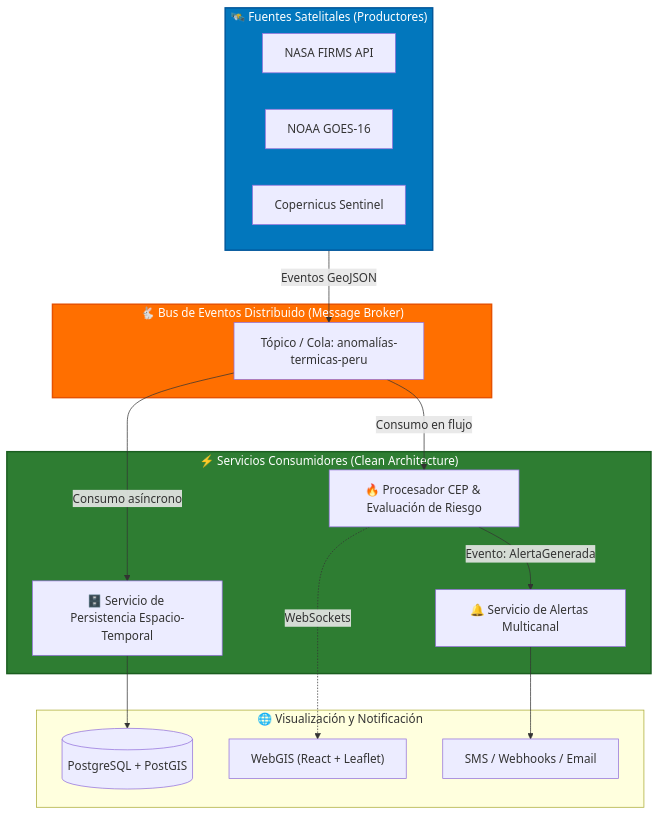
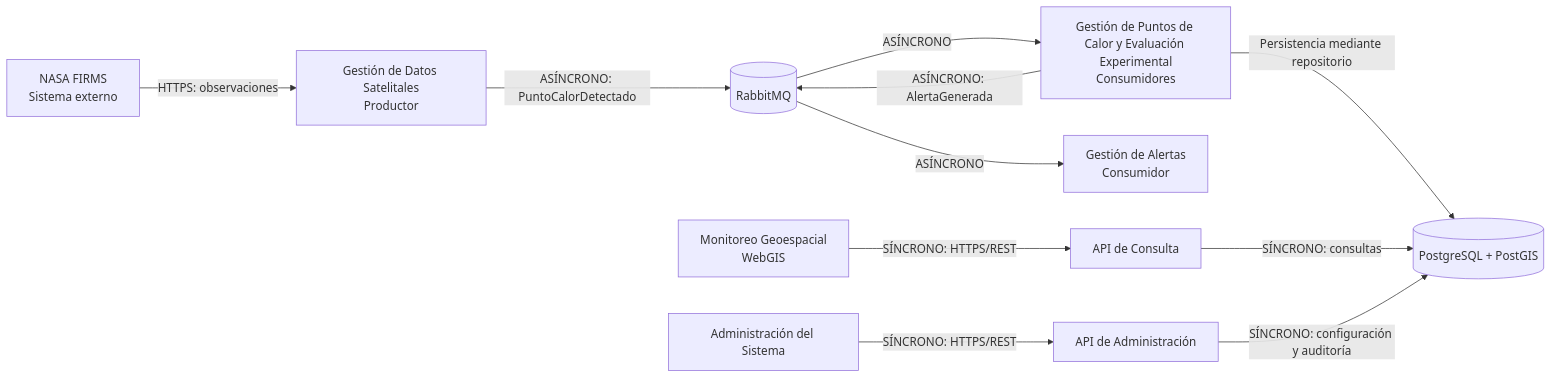
Before and after one commit to Maks04092002/Incendios-EDA-arquitSoft-MAKS: the diagram in 02-arquitectura-de-software/enfoque/enfoque-arquitectonico.md, drawn with Mermaid. The commit also changed other lines of this file and 7 other files, not shown here.

````diff
--- a/02-arquitectura-de-software/enfoque/enfoque-arquitectonico.md
+++ b/02-arquitectura-de-software/enfoque/enfoque-arquitectonico.md
@@ -34,37 +52,13 @@
 ```mermaid
-graph TB
-    subgraph Fuentes ["🛰️ Fuentes Satelitales (Productores)"]
-        FIRMS["NASA FIRMS API"]
-        GOES["NOAA GOES-16"]
-        COP["Copernicus Sentinel"]
-    end
-
-    subgraph Broker ["🐇 Bus de Eventos Distribuido (Message Broker)"]
-        TOPIC["Tópico / Cola: anomalías-termicas-peru"]
-    end
-
-    subgraph Servicios ["⚡ Servicios Consumidores (Clean Architecture)"]
-        CEP["🔥 Procesador CEP & Evaluación de Riesgo"]
-        STORE["🗄️ Servicio de Persistencia Espacio-Temporal"]
-        ALERT["🔔 Servicio de Alertas Multicanal"]
-    end
-
-    subgraph Salidas ["🌐 Visualización y Notificación"]
-        DB[("PostgreSQL + PostGIS")]
-        WEB["WebGIS (React + Leaflet)"]
-        NOTIF["SMS / Webhooks / Email"]
-    end
-
-    Fuentes -->|Eventos GeoJSON| TOPIC
-    TOPIC -->|Consumo en flujo| CEP
-    TOPIC -->|Consumo asíncrono| STORE
-    CEP -->|Evento: AlertaGenerada| ALERT
-
-    STORE --> DB
-    ALERT --> NOTIF
-    CEP -.->|WebSockets| WEB
-
-    style Broker fill:#ff6f00,color:#fff,stroke:#e65100,stroke-width:2px
-    style Servicios fill:#2e7d32,color:#fff,stroke:#1b5e20,stroke-width:2px
-    style Fuentes fill:#0277bd,color:#fff,stroke:#01579b,stroke-width:2px
+flowchart LR
+    FIRMS["NASA FIRMS<br/>Sistema externo"] -->|HTTPS: observaciones| ING["Gestión de Datos Satelitales<br/>Productor"]
+    ING -->|ASÍNCRONO: PuntoCalorDetectado| MQ[("RabbitMQ")]
+    MQ -->|ASÍNCRONO| PROC["Gestión de Puntos de Calor y Evaluación Experimental<br/>Consumidores"]
+    PROC -->|ASÍNCRONO: AlertaGenerada| MQ
+    MQ -->|ASÍNCRONO| ALERT["Gestión de Alertas<br/>Consumidor"]
+    PROC -->|Persistencia mediante repositorio| DB[("PostgreSQL + PostGIS")]
+    WEB["Monitoreo Geoespacial<br/>WebGIS"] -->|SÍNCRONO: HTTPS/REST| API["API de Consulta"]
+    API -->|SÍNCRONO: consultas| DB
+    ADMIN["Administración del Sistema"] -->|SÍNCRONO: HTTPS/REST| ADMIN_API["API de Administración"]
+    ADMIN_API -->|SÍNCRONO: configuración y auditoría| DB
 ```
````
